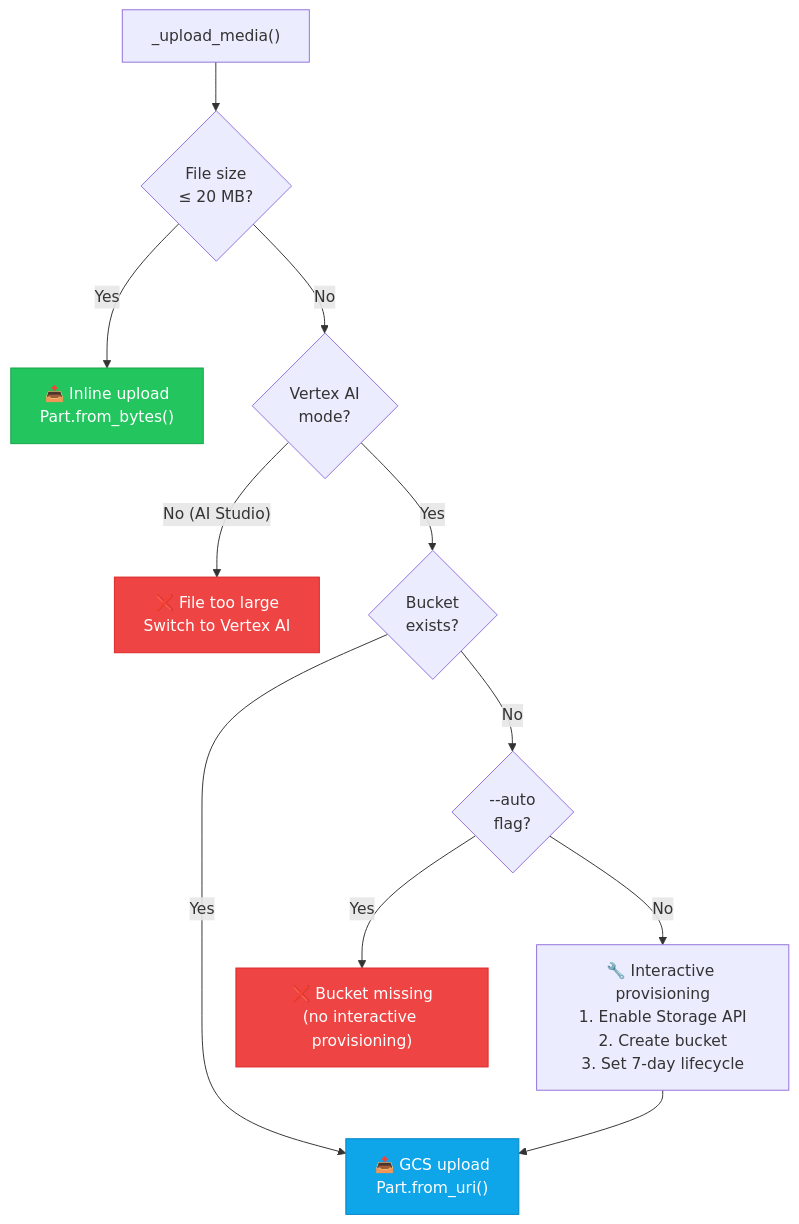
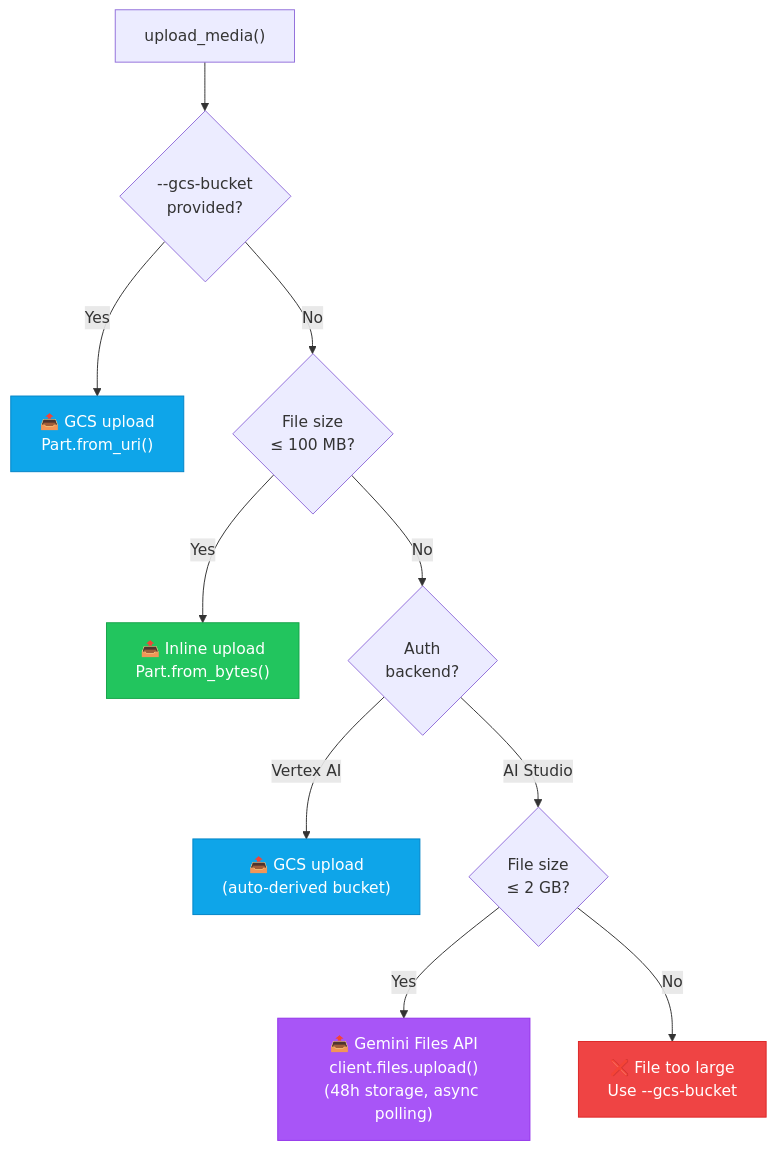
The fourth of 6 diagrams in docs/explanation/architecture.md (Aurelian-Shuttleworth/agent-ear), drawn with Mermaid before and after one commit. The commit also changed other lines of this file and 13 other files, not shown here.

````diff
--- a/docs/explanation/architecture.md
+++ b/docs/explanation/architecture.md
@@ -127,18 +129,18 @@
 ```mermaid
 flowchart TD
-    Upload["_upload_media()"] --> SizeCheck{"File size<br/>≤ 20 MB?"}
+    Upload["upload_media()"] --> Explicit{"--gcs-bucket<br/>provided?"}
+    Explicit -->|"Yes"| GCS["📤 GCS upload<br/>Part.from_uri()"]
+    Explicit -->|"No"| SizeCheck{"File size<br/>≤ 100 MB?"}
     SizeCheck -->|"Yes"| Inline["📤 Inline upload<br/>Part.from_bytes()"]
-    SizeCheck -->|"No"| VertexCheck{"Vertex AI<br/>mode?"}
-    VertexCheck -->|"No (AI Studio)"| Error["❌ File too large<br/>Switch to Vertex AI"]
-    VertexCheck -->|"Yes"| BucketCheck{"Bucket<br/>exists?"}
-    BucketCheck -->|"Yes"| GCS["📤 GCS upload<br/>Part.from_uri()"]
-    BucketCheck -->|"No"| AutoMode{"--auto<br/>flag?"}
-    AutoMode -->|"Yes"| AutoError["❌ Bucket missing<br/>(no interactive provisioning)"]
-    AutoMode -->|"No"| Provision["🔧 Interactive provisioning<br/>1. Enable Storage API<br/>2. Create bucket<br/>3. Set 7-day lifecycle"]
-    Provision --> GCS
+    SizeCheck -->|"No"| BackendCheck{"Auth<br/>backend?"}
+    BackendCheck -->|"Vertex AI"| GCSAuto["📤 GCS upload<br/>(auto-derived bucket)"]
+    BackendCheck -->|"AI Studio"| FilesCheck{"File size<br/>≤ 2 GB?"}
+    FilesCheck -->|"Yes"| FilesAPI["📤 Gemini Files API<br/>client.files.upload()<br/>(48h storage, async polling)"]
+    FilesCheck -->|"No"| Error["❌ File too large<br/>Use --gcs-bucket"]
 
     style Inline fill:#22c55e,stroke:#16a34a,color:#fff
     style GCS fill:#0ea5e9,stroke:#0284c7,color:#fff
+    style GCSAuto fill:#0ea5e9,stroke:#0284c7,color:#fff
+    style FilesAPI fill:#a855f7,stroke:#9333ea,color:#fff
     style Error fill:#ef4444,stroke:#dc2626,color:#fff
-    style AutoError fill:#ef4444,stroke:#dc2626,color:#fff
 ```
````
